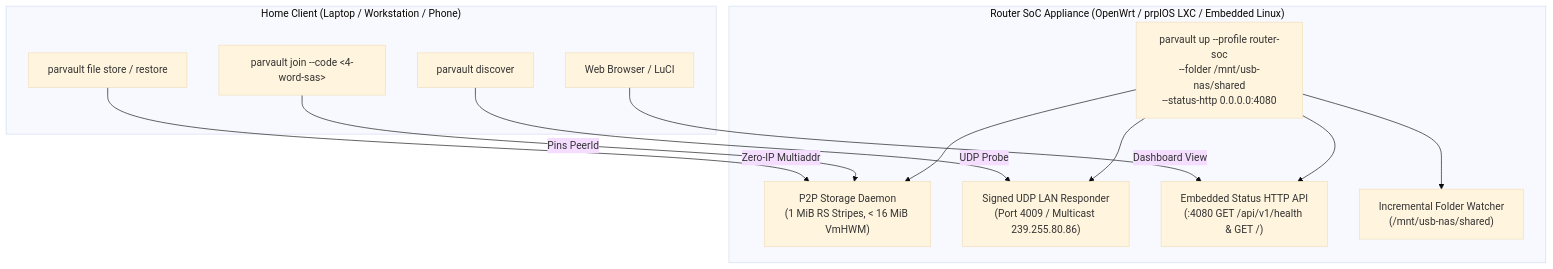
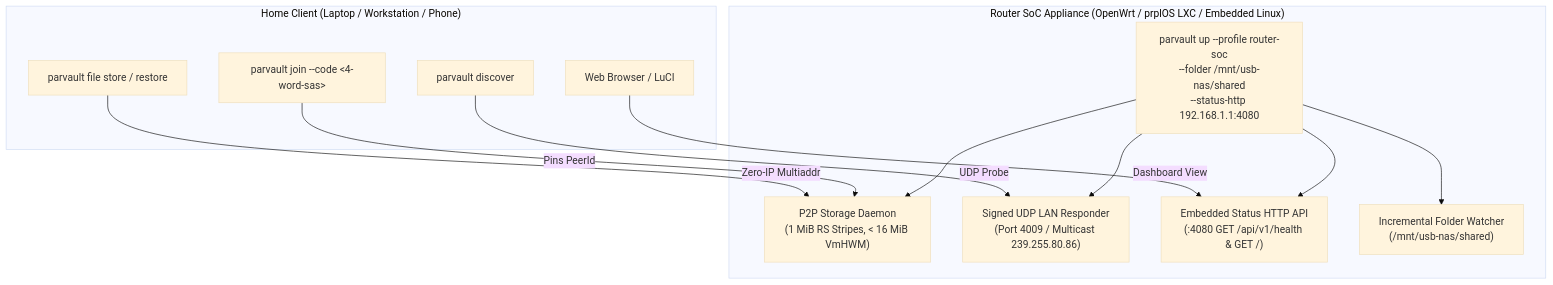
One commit to Zbot21/parvault changed the first of 3 diagrams in docs/ROUTER_SOC_HARDWARE_GUIDE.md. Above: the diagram before and after it, drawn with Mermaid (base theme). The commit also changed other lines of this file and 7 other files, not shown here.

First line of the commit message:
fix(router): B-54: the shipped router config binds the status page to loopback

````diff
--- a/docs/ROUTER_SOC_HARDWARE_GUIDE.md
+++ b/docs/ROUTER_SOC_HARDWARE_GUIDE.md
@@ -25,17 +25,17 @@
 ```mermaid
 flowchart TD
     subgraph RouterSoC["Router SoC Appliance (OpenWrt / prplOS LXC / Embedded Linux)"]
-        UP["parvault up --profile router-soc\n--folder /mnt/usb-nas/shared\n--status-http 0.0.0.0:4080"]
+        UP["parvault up --profile router-soc\n--folder /mnt/usb-nas/shared\n--status-http 192.168.1.1:4080"]
         UP --> CORE["P2P Storage Daemon\n(1 MiB RS Stripes, < 16 MiB VmHWM)"]
         UP --> BCN["Signed UDP LAN Responder\n(Port 4009 / Multicast 239.255.80.86)"]
         UP --> WEB["Embedded Status HTTP API\n(:4080 GET /api/v1/health & GET /)"]
         UP --> SYNC["Incremental Folder Watcher\n(/mnt/usb-nas/shared)"]
     end
 
     subgraph ClientPC["Home Client (Laptop / Workstation / Phone)"]
         DISC["parvault discover"] -->|UDP Probe| BCN
         PAIR["parvault join --code <4-word-sas>"] -->|Pins PeerId| CORE
         REST["parvault file store / restore"] -->|Zero-IP Multiaddr| CORE
         BROWSER["Web Browser / LuCI"] -->|Dashboard View| WEB
     end
 ```
````
